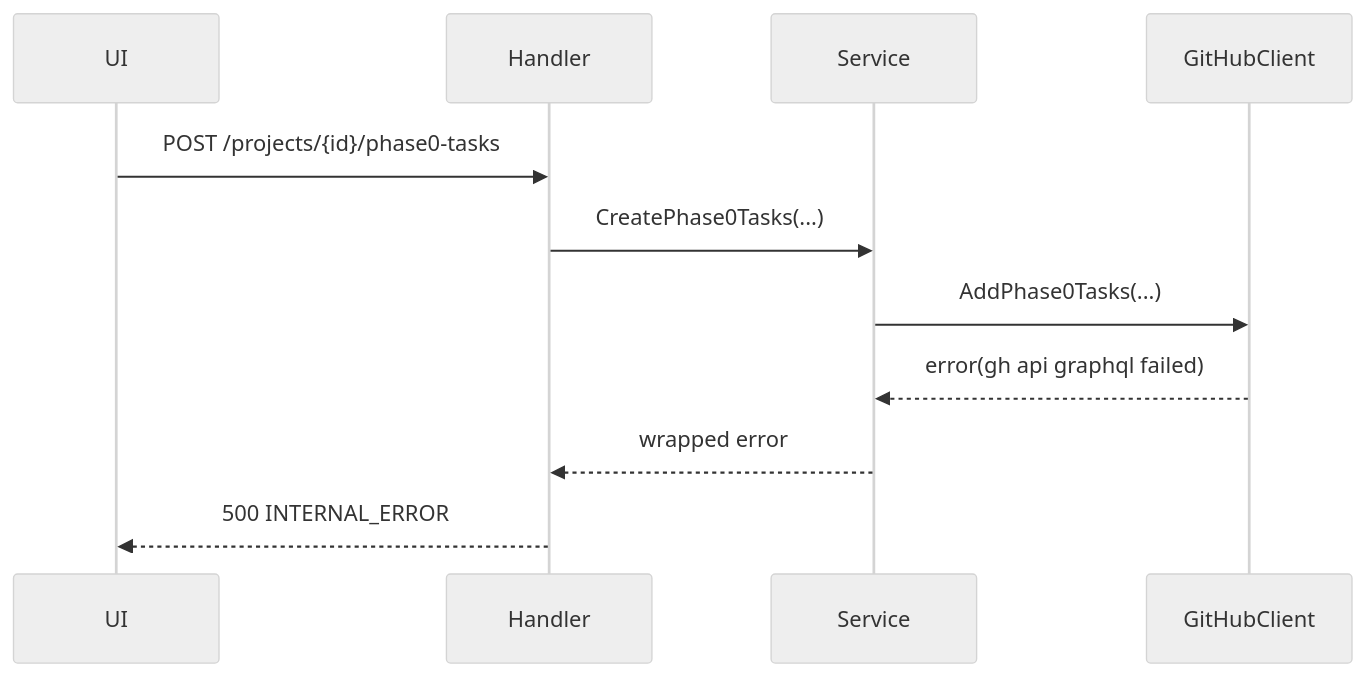
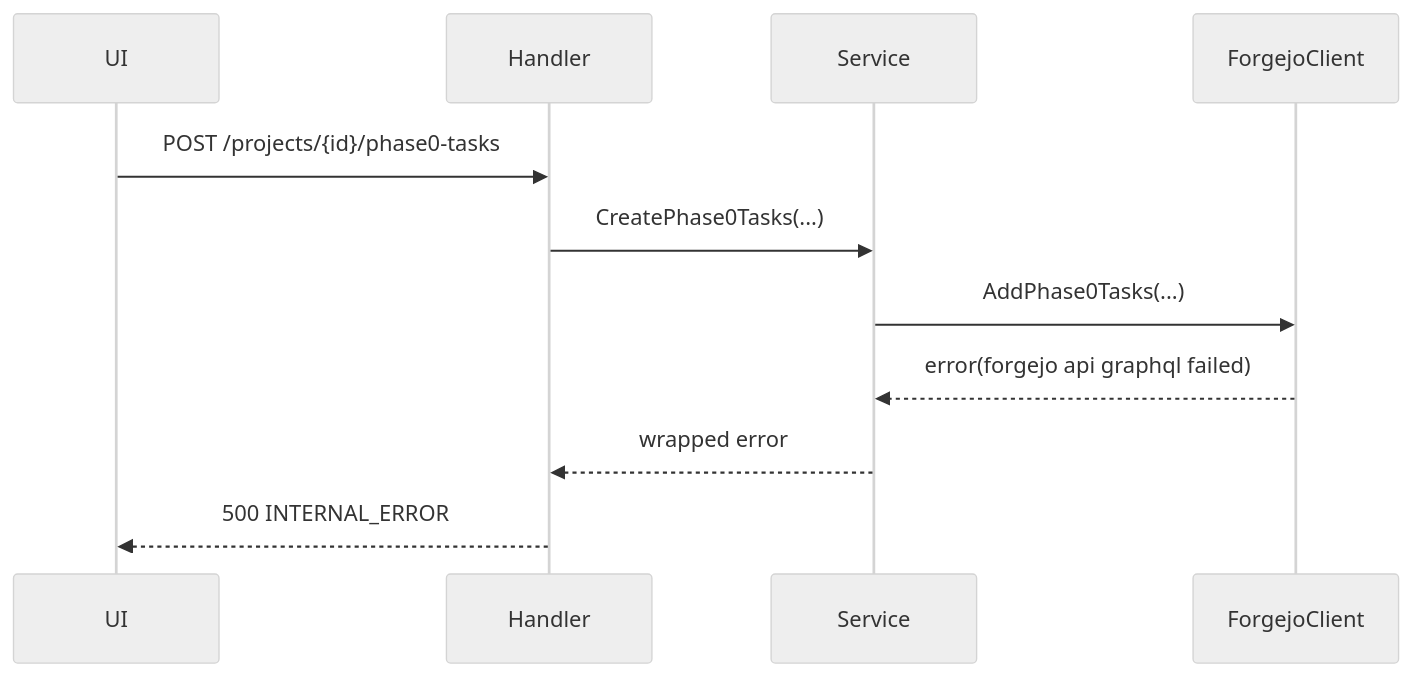
The second of 2 diagrams in _document/003.設計・開発・テストフェーズ/003.設計/FR-004.GitHub-Projects作成・Phase0タスク生成/FR-004.シーケンス図（エラー詳細）.md (BossApe/lo-vibe), drawn with Mermaid (neutral theme) before and after one commit. The commit also changed other lines of this file and 27 other files, not shown here.

````diff
--- a/_document/003.設計・開発・テストフェーズ/003.設計/FR-004.GitHub-Projects作成・Phase0タスク生成/FR-004.シーケンス図（エラー詳細）.md
+++ b/_document/003.設計・開発・テストフェーズ/003.設計/FR-004.GitHub-Projects作成・Phase0タスク生成/FR-004.シーケンス図（エラー詳細）.md
@@ -21,14 +21,14 @@
 ```mermaid
 sequenceDiagram
   participant UI
   participant Handler
   participant Service
-  participant GH as GitHubClient
+  participant FJ as ForgejoClient
 
   UI->>Handler: POST /projects/{id}/phase0-tasks
   Handler->>Service: CreatePhase0Tasks(...)
-  Service->>GH: AddPhase0Tasks(...)
-  GH-->>Service: error(gh api graphql failed)
+  Service->>FJ: AddPhase0Tasks(...)
+  FJ-->>Service: error(forgejo api graphql failed)
   Service-->>Handler: wrapped error
   Handler-->>UI: 500 INTERNAL_ERROR
 ```
````
